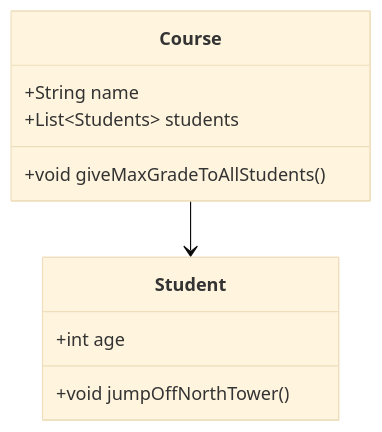
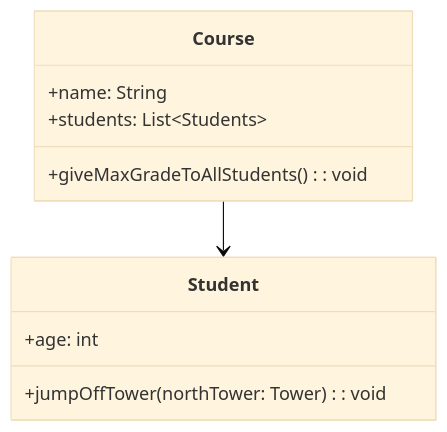
Before and after one commit to leic-pt/resumos-leic: the diagram in content/po/index.md, drawn with Mermaid (base theme). The commit also changed 1 other file, not shown here.

Commit message:
[PO] Fix UML (#326)

````diff
--- a/content/po/index.md
+++ b/content/po/index.md
@@ -18,14 +18,16 @@
 ```mermaid
 classDiagram
-class Student
-Student : +int age
-Student : +void jumpOffNorthTower()
+class Student {
+    +age: int
+    +jumpOffTower(northTower: Tower): void
+}
 
-class Course
-Course : +String name
-Course : +List~Students~ students
-Course : +void giveMaxGradeToAllStudents()
+class Course {
+    +name: String
+    +students: List~Students~
+    +giveMaxGradeToAllStudents(): void
+}
 
 Course --> Student
 
 ```
````
